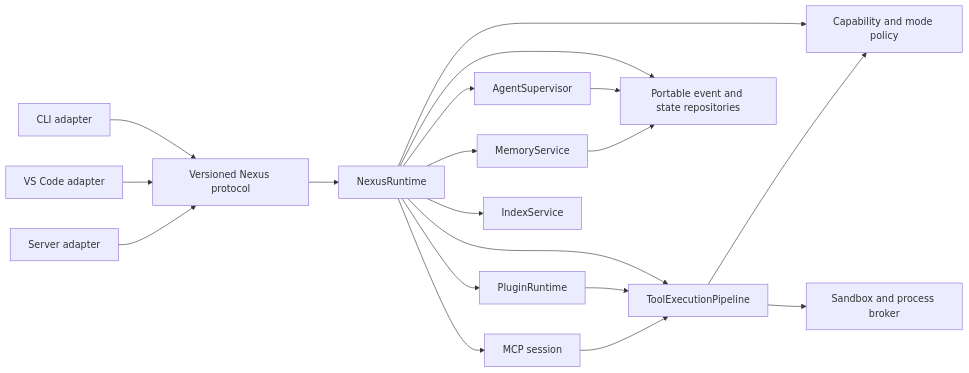
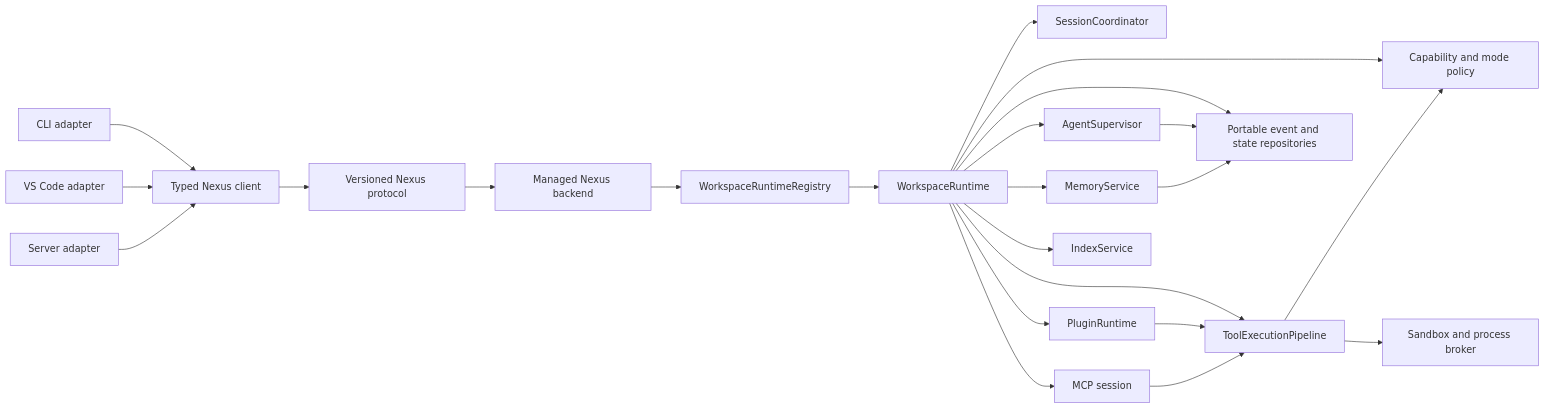
One commit to we11as22/NexusCode changed the diagram in docs/superpowers/specs/2026-07-26-nexus-runtime-rearchitecture-design.md. Above: the diagram before and after it, drawn with Mermaid. The commit also changed other lines of this file and 2 other files, not shown here.

Commit message:
docs: adopt workspace runtime and transactional state

````diff
--- a/docs/superpowers/specs/2026-07-26-nexus-runtime-rearchitecture-design.md
+++ b/docs/superpowers/specs/2026-07-26-nexus-runtime-rearchitecture-design.md
@@ -162,36 +178,44 @@
 ```mermaid
 flowchart LR
     CLI["CLI adapter"]
     VS["VS Code adapter"]
     SERVER["Server adapter"]
     PROTOCOL["Versioned Nexus protocol"]
-    RUNTIME["NexusRuntime"]
+    CLIENT["Typed Nexus client"]
+    SERVER_RUNTIME["Managed Nexus backend"]
+    REGISTRY["WorkspaceRuntimeRegistry"]
+    RUNTIME["WorkspaceRuntime"]
+    SESSION["SessionCoordinator"]
     POLICY["Capability and mode policy"]
     PIPELINE["ToolExecutionPipeline"]
     SUPERVISOR["AgentSupervisor"]
     MEMORY["MemoryService"]
     PLUGINS["PluginRuntime"]
     MCP["MCP session"]
     INDEX["IndexService"]
     STORE["Portable event and state repositories"]
     SANDBOX["Sandbox and process broker"]
 
-    CLI --> PROTOCOL
-    VS --> PROTOCOL
-    SERVER --> PROTOCOL
-    PROTOCOL --> RUNTIME
+    CLI --> CLIENT
+    VS --> CLIENT
+    SERVER --> CLIENT
+    CLIENT --> PROTOCOL
+    PROTOCOL --> SERVER_RUNTIME
+    SERVER_RUNTIME --> REGISTRY
+    REGISTRY --> RUNTIME
+    RUNTIME --> SESSION
     RUNTIME --> POLICY
     RUNTIME --> PIPELINE
     RUNTIME --> SUPERVISOR
     RUNTIME --> MEMORY
     RUNTIME --> PLUGINS
     RUNTIME --> MCP
     RUNTIME --> INDEX
     RUNTIME --> STORE
     PIPELINE --> POLICY
     PIPELINE --> SANDBOX
     SUPERVISOR --> STORE
     MEMORY --> STORE
     PLUGINS --> PIPELINE
     MCP --> PIPELINE
 ```
````
